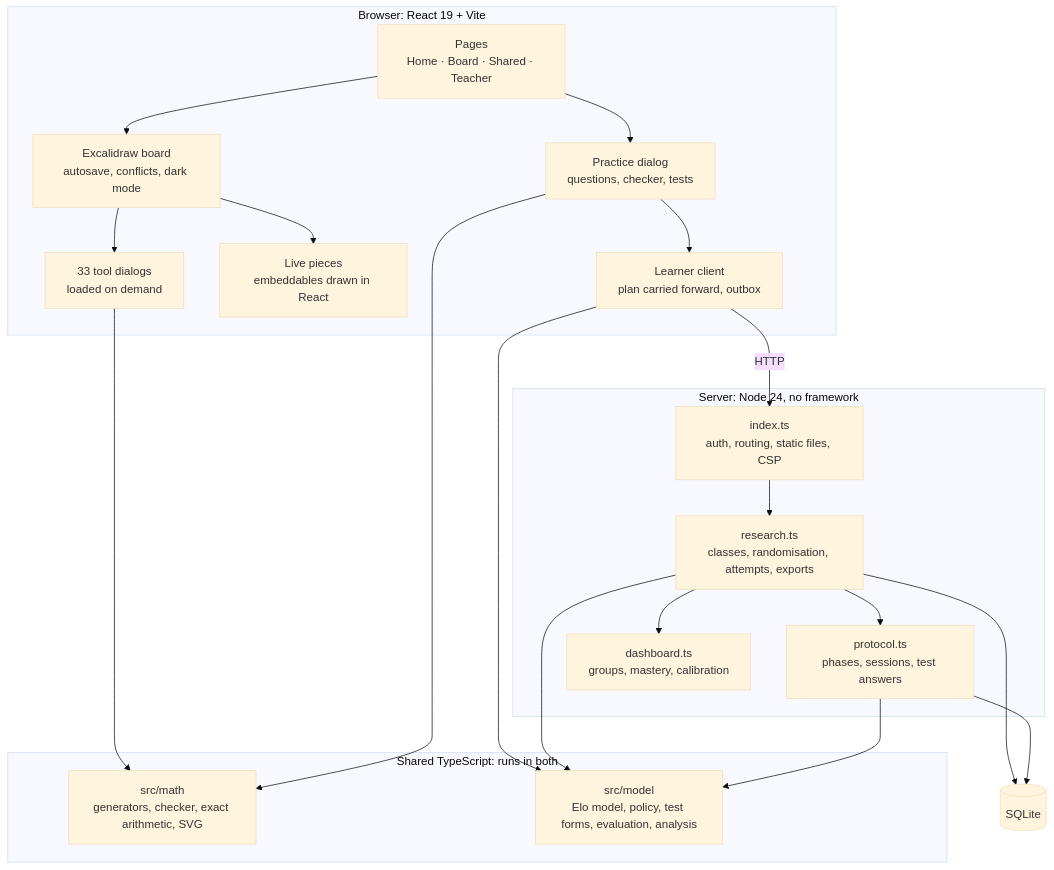
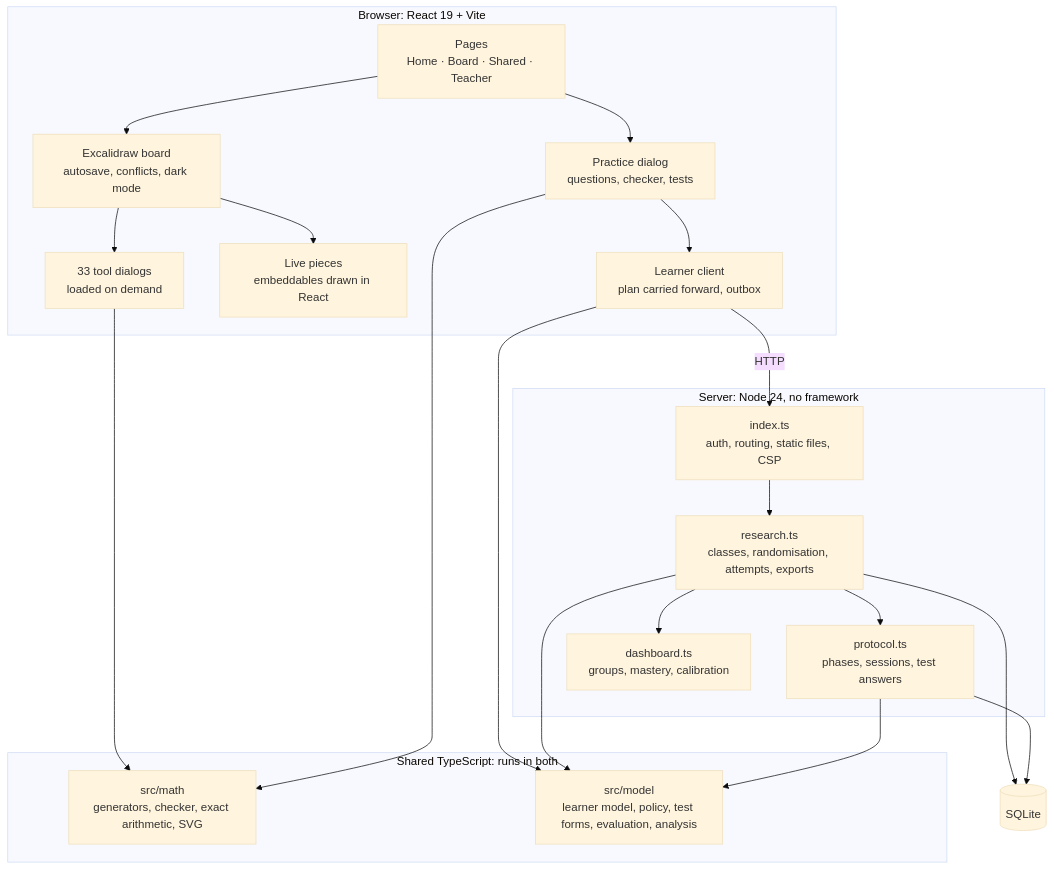
One commit to DavidTbilisi/zeno-math changed the second of 5 diagrams in docs/architecture.md. Above: the diagram before and after it, drawn with Mermaid (base theme). The commit also changed other lines of this file and 16 other files, not shown here.

````diff
--- a/docs/architecture.md
+++ b/docs/architecture.md
@@ -34,33 +34,33 @@
 ```mermaid
 flowchart TB
   subgraph browser [Browser: React 19 + Vite]
     pages[Pages<br/>Home · Board · Shared · Teacher]
     board[Excalidraw board<br/>autosave, conflicts, dark mode]
     tools[33 tool dialogs<br/>loaded on demand]
     live[Live pieces<br/>embeddables drawn in React]
     practice[Practice dialog<br/>questions, checker, tests]
     learnerC[Learner client<br/>plan carried forward, outbox]
   end
   subgraph shared [Shared TypeScript: runs in both]
     math[src/math<br/>generators, checker, exact arithmetic, SVG]
-    model[src/model<br/>Elo model, policy, test forms, evaluation, analysis]
+    model[src/model<br/>learner model, policy, test forms, evaluation, analysis]
   end
   subgraph server [Server: Node 24, no framework]
     router[index.ts<br/>auth, routing, static files, CSP]
     research[research.ts<br/>classes, randomisation, attempts, exports]
     protocol[protocol.ts<br/>phases, sessions, test answers]
     dash[dashboard.ts<br/>groups, mastery, calibration]
   end
   sqlite[(SQLite)]
   pages --> board --> tools & live
   pages --> practice --> learnerC
   tools --> math
   practice --> math
   learnerC --> model
   learnerC -- HTTP --> router
   router --> research --> protocol
   research --> dash
   research --> model
   protocol --> model
   research & protocol --> sqlite
 ```
````
